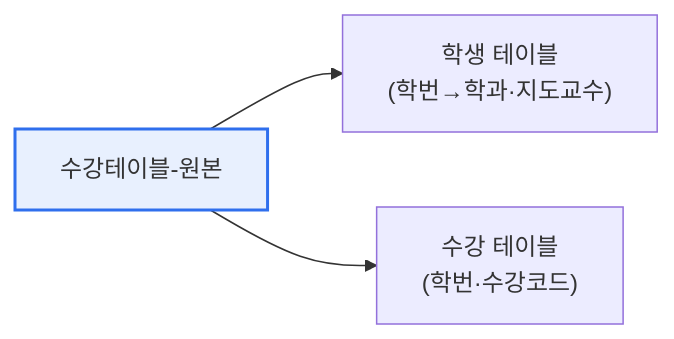
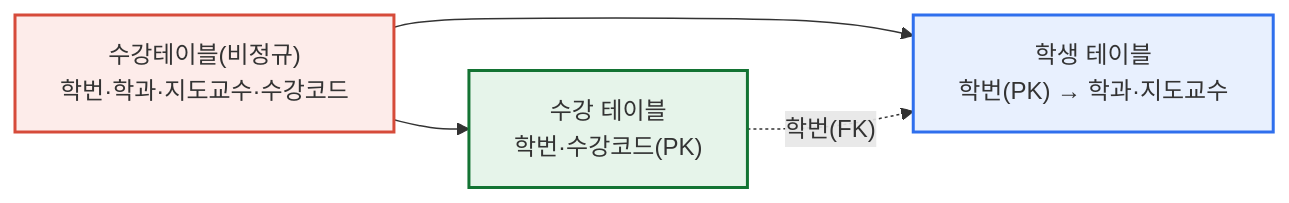
Before and after one commit to coninggu/wjdqhrhksflrltnftk: the first of 2 diagrams in content/db-normalization.md, drawn with Mermaid. The commit also changed other lines of this file and 3 other files, not shown here.

````diff
--- a/content/db-normalization.md
+++ b/content/db-normalization.md
@@ -35,6 +46,9 @@
 ```mermaid
 flowchart LR
-  O[수강테이블-원본] --> S["학생 테이블<br/>(학번→학과·지도교수)"]
-  O --> E["수강 테이블<br/>(학번·수강코드)"]
-  style O fill:#e8f0fe,stroke:#2f6fed,stroke-width:2px
+  O["수강테이블(비정규)<br/>학번·학과·지도교수·수강코드"] --> S["학생 테이블<br/>학번(PK) → 학과·지도교수"]
+  O --> E["수강 테이블<br/>학번·수강코드(PK)"]
+  E -. "학번(FK)" .-> S
+  style O fill:#fdecea,stroke:#d64b3a,stroke-width:2px
+  style S fill:#e8f0fe,stroke:#2f6fed,stroke-width:2px
+  style E fill:#e6f4ea,stroke:#137333,stroke-width:2px
 ```
````
